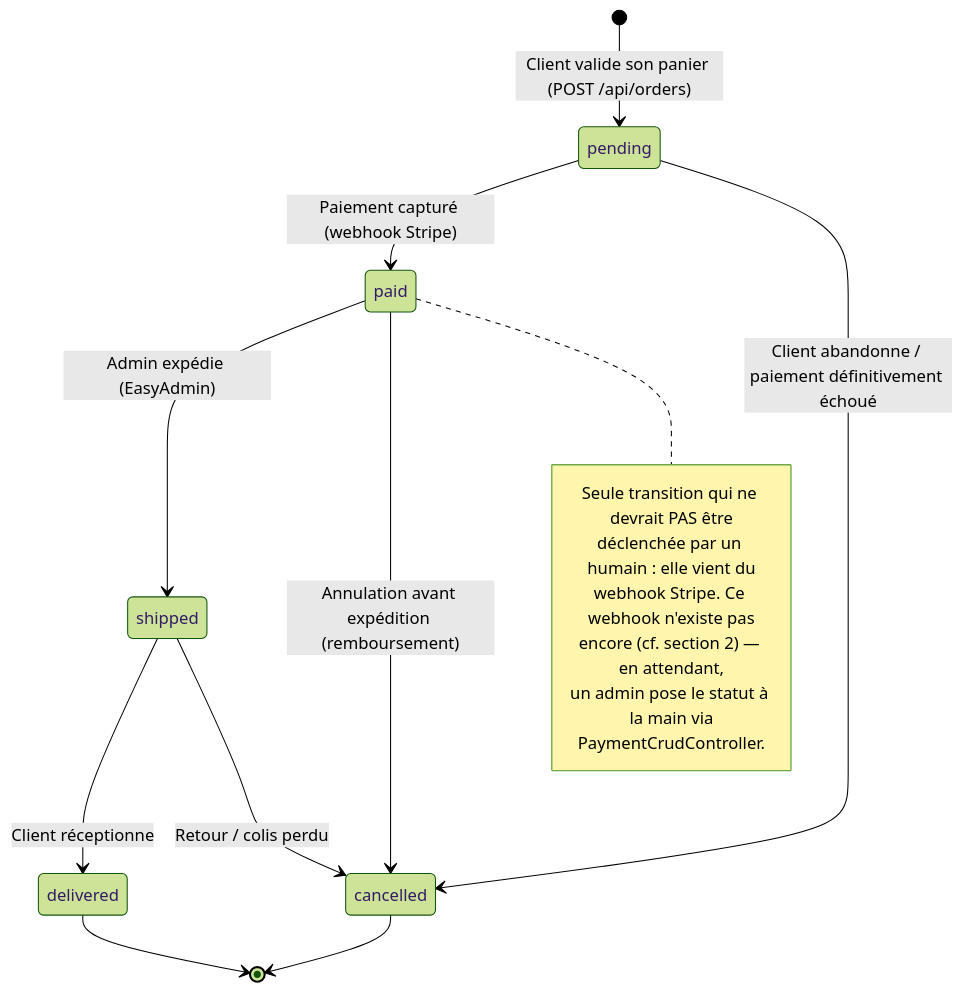
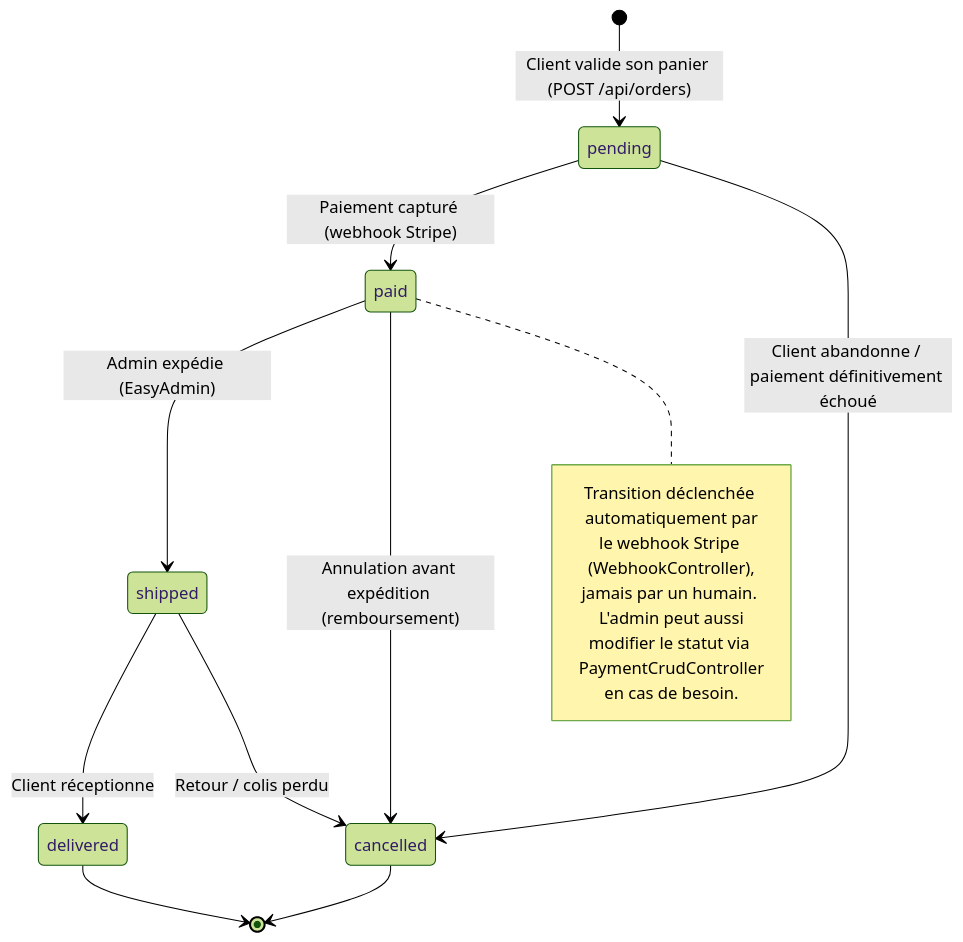
The first of 2 diagrams in docs/DIAGRAMME_ETATS.md (Majin-M/Volo), drawn with Mermaid (forest theme) before and after one commit. The commit also changed other lines of this file and 106 other files, not shown here.

````diff
--- a/docs/DIAGRAMME_ETATS.md
+++ b/docs/DIAGRAMME_ETATS.md
@@ -18,25 +18,24 @@
 ```mermaid
 stateDiagram-v2
     [*] --> pending : Client valide son panier (POST /api/orders)
 
     pending --> paid : Paiement capturé (webhook Stripe)
     pending --> cancelled : Client abandonne / paiement définitivement échoué
 
     paid --> shipped : Admin expédie (EasyAdmin)
     paid --> cancelled : Annulation avant expédition (remboursement)
 
     shipped --> delivered : Client réceptionne
     shipped --> cancelled : Retour / colis perdu
 
     delivered --> [*]
     cancelled --> [*]
 
     note right of paid
-        Seule transition qui ne devrait PAS être
-        déclenchée par un humain : elle vient du
-        webhook Stripe. Ce webhook n'existe pas
-        encore (cf. section 2) — en attendant,
-        un admin pose le statut à la main via
-        PaymentCrudController.
+        Transition déclenchée automatiquement par
+        le webhook Stripe (WebhookController),
+        jamais par un humain. L'admin peut aussi
+        modifier le statut via PaymentCrudController
+        en cas de besoin.
     end note
 ```
````
